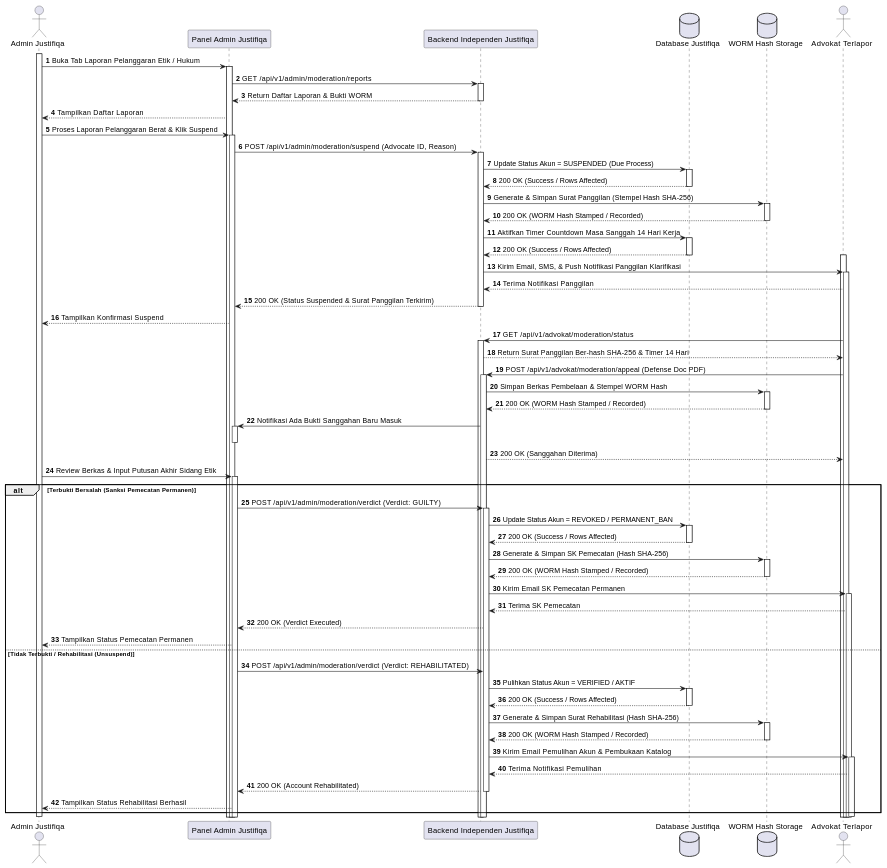
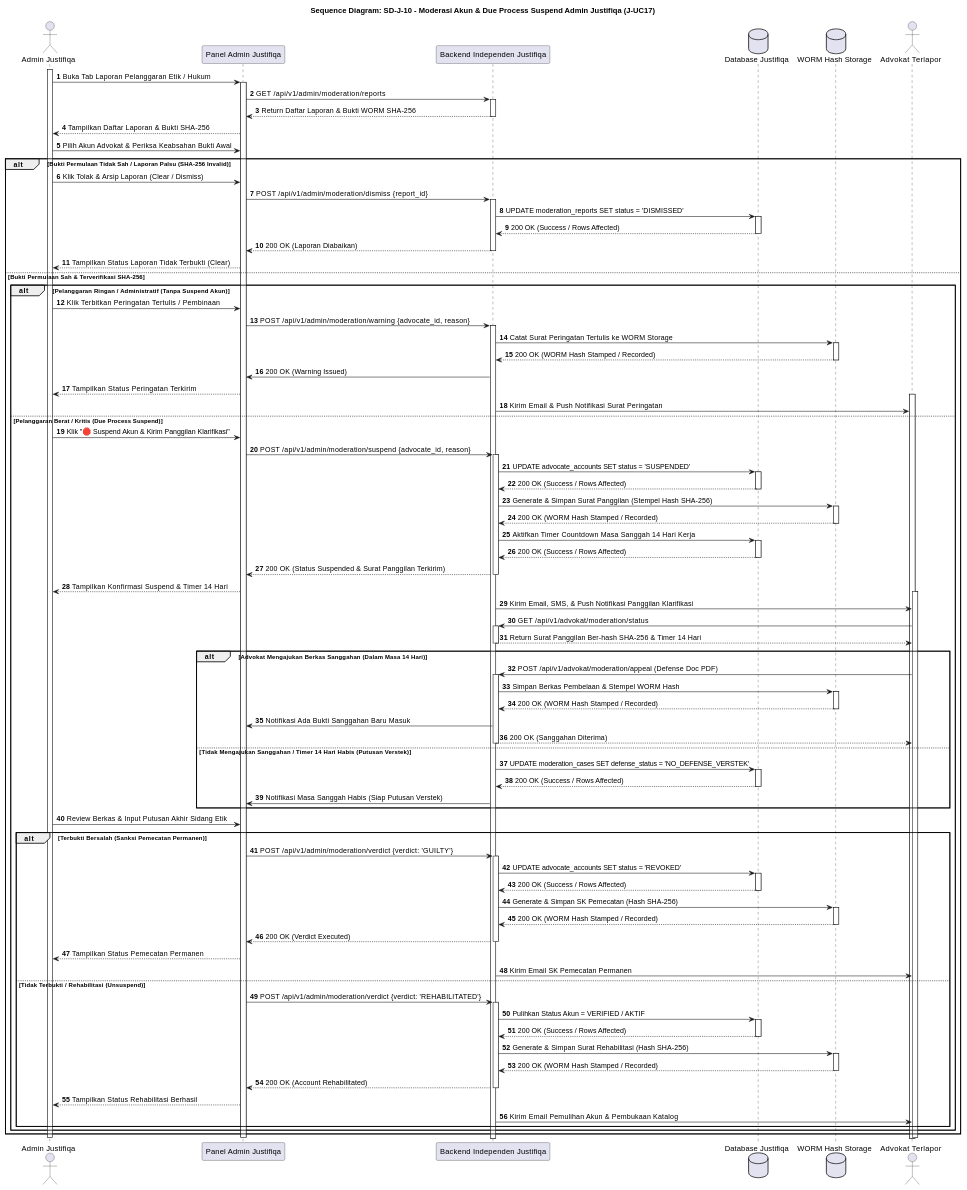
The tenth of 28 diagrams in MarkDown/plantuml_sequence_diagrams.md (tupperwureism/SuperApp-Gagal), drawn with PlantUML before and after one commit. The commit also changed other lines of this file and 2 other files, not shown here.

Commit message:
feat(moderation): update AD-J-10 & SD-J-10 with Evidence Triage and 1-to-1 Verstek branch, create AD-J-21 & SD-J-21 for J-UC21 whistleblowing flow

````diff
--- a/MarkDown/plantuml_sequence_diagrams.md
+++ b/MarkDown/plantuml_sequence_diagrams.md
@@ -545,5 +545,6 @@
 ```plantuml
 @startuml
+title Sequence Diagram: SD-J-10 - Moderasi Akun & Due Process Suspend Admin Justifiqa (J-UC17)
 autonumber
 actor "Admin Justifiqa" as Admin
 participant "Panel Admin Justifiqa" as FE
@@ -555,53 +556,79 @@
 activate Admin
 Admin -> FE ++ : Buka Tab Laporan Pelanggaran Etik / Hukum
 FE -> BE ++ : GET /api/v1/admin/moderation/reports
-BE --> FE -- : Return Daftar Laporan & Bukti WORM
-FE --> Admin : Tampilkan Daftar Laporan
-Admin -> FE ++ : Proses Laporan Pelanggaran Berat & Klik Suspend
-FE -> BE ++ : POST /api/v1/admin/moderation/suspend (Advocate ID, Reason)
-BE -> DB ++ : Update Status Akun = SUSPENDED (Due Process)
-DB --> BE -- : 200 OK (Success / Rows Affected)
-BE -> WORM ++ : Generate & Simpan Surat Panggilan (Stempel Hash SHA-256)
-WORM --> BE -- : 200 OK (WORM Hash Stamped / Recorded)
-BE -> DB ++ : Aktifkan Timer Countdown Masa Sanggah 14 Hari Kerja
-DB --> BE -- : 200 OK (Success / Rows Affected)
-activate Mitra
-BE -> Mitra ++ : Kirim Email, SMS, & Push Notifikasi Panggilan Klarifikasi
-Mitra --> BE : Terima Notifikasi Panggilan
-BE --> FE -- : 200 OK (Status Suspended & Surat Panggilan Terkirim)
-FE --> Admin : Tampilkan Konfirmasi Suspend
+BE --> FE -- : Return Daftar Laporan & Bukti WORM SHA-256
+FE --> Admin : Tampilkan Daftar Laporan & Bukti SHA-256
+Admin -> FE : Pilih Akun Advokat & Periksa Keabsahan Bukti Awal
 
-Mitra -> BE ++ : GET /api/v1/advokat/moderation/status
-BE --> Mitra : Return Surat Panggilan Ber-hash SHA-256 & Timer 14 Hari
-Mitra -> BE ++ : POST /api/v1/advokat/moderation/appeal (Defense Doc PDF)
-BE -> WORM ++ : Simpan Berkas Pembelaan & Stempel WORM Hash
-WORM --> BE -- : 200 OK (WORM Hash Stamped / Recorded)
-BE -> FE ++ : Notifikasi Ada Bukti Sanggahan Baru Masuk
+alt Bukti Permulaan Tidak Sah / Laporan Palsu (SHA-256 Invalid)
+    Admin -> FE : Klik Tolak & Arsip Laporan (Clear / Dismiss)
+    FE -> BE ++ : POST /api/v1/admin/moderation/dismiss {report_id}
+    BE -> DB ++ : UPDATE moderation_reports SET status = 'DISMISSED'
+    DB --> BE -- : 200 OK (Success / Rows Affected)
+    BE --> FE -- : 200 OK (Laporan Diabaikan)
+    FE --> Admin : Tampilkan Status Laporan Tidak Terbukti (Clear)
+else Bukti Permulaan Sah & Terverifikasi SHA-256
+    alt Pelanggaran Ringan / Administratif (Tanpa Suspend Akun)
+        Admin -> FE : Klik Terbitkan Peringatan Tertulis / Pembinaan
+        FE -> BE ++ : POST /api/v1/admin/moderation/warning {advocate_id, reason}
+        BE -> WORM ++ : Catat Surat Peringatan Tertulis ke WORM Storage
+        WORM --> BE -- : 200 OK (WORM Hash Stamped / Recorded)
+        BE -> FE : 200 OK (Warning Issued)
+        FE --> Admin : Tampilkan Status Peringatan Terkirim
+        activate Mitra
+        BE -> Mitra : Kirim Email & Push Notifikasi Surat Peringatan
+    else Pelanggaran Berat / Kritis (Due Process Suspend)
+        Admin -> FE : Klik "🛑 Suspend Akun & Kirim Panggilan Klarifikasi"
+        FE -> BE ++ : POST /api/v1/admin/moderation/suspend {advocate_id, reason}
+        BE -> DB ++ : UPDATE advocate_accounts SET status = 'SUSPENDED'
+        DB --> BE -- : 200 OK (Success / Rows Affected)
+        BE -> WORM ++ : Generate & Simpan Surat Panggilan (Stempel Hash SHA-256)
+        WORM --> BE -- : 200 OK (WORM Hash Stamped / Recorded)
+        BE -> DB ++ : Aktifkan Timer Countdown Masa Sanggah 14 Hari Kerja
+        DB --> BE -- : 200 OK (Success / Rows Affected)
+        BE --> FE -- : 200 OK (Status Suspended & Surat Panggilan Terkirim)
+        FE --> Admin : Tampilkan Konfirmasi Suspend & Timer 14 Hari
+        
+        activate Mitra
+        BE -> Mitra : Kirim Email, SMS, & Push Notifikasi Panggilan Klarifikasi
+        Mitra -> BE ++ : GET /api/v1/advokat/moderation/status
+        BE --> Mitra -- : Return Surat Panggilan Ber-hash SHA-256 & Timer 14 Hari
+        
+        alt Advokat Mengajukan Berkas Sanggahan (Dalam Masa 14 Hari)
+            Mitra -> BE ++ : POST /api/v1/advokat/moderation/appeal (Defense Doc PDF)
+            BE -> WORM ++ : Simpan Berkas Pembelaan & Stempel WORM Hash
+            WORM --> BE -- : 200 OK (WORM Hash Stamped / Recorded)
+            BE -> FE : Notifikasi Ada Bukti Sanggahan Baru Masuk
+            BE --> Mitra -- : 200 OK (Sanggahan Diterima)
+        else Tidak Mengajukan Sanggahan / Timer 14 Hari Habis (Putusan Verstek)
+            BE -> DB ++ : UPDATE moderation_cases SET defense_status = 'NO_DEFENSE_VERSTEK'
+            DB --> BE -- : 200 OK (Success / Rows Affected)
+            BE -> FE : Notifikasi Masa Sanggah Habis (Siap Putusan Verstek)
+        end
+        
+        Admin -> FE : Review Berkas & Input Putusan Akhir Sidang Etik
+        alt Terbukti Bersalah (Sanksi Pemecatan Permanen)
+            FE -> BE ++ : POST /api/v1/admin/moderation/verdict {verdict: 'GUILTY'}
+            BE -> DB ++ : UPDATE advocate_accounts SET status = 'REVOKED'
+            DB --> BE -- : 200 OK (Success / Rows Affected)
+            BE -> WORM ++ : Generate & Simpan SK Pemecatan (Hash SHA-256)
+            WORM --> BE -- : 200 OK (WORM Hash Stamped / Recorded)
+            BE --> FE -- : 200 OK (Verdict Executed)
+            FE --> Admin : Tampilkan Status Pemecatan Permanen
+            BE -> Mitra : Kirim Email SK Pemecatan Permanen
+        else Tidak Terbukti / Rehabilitasi (Unsuspend)
+            FE -> BE ++ : POST /api/v1/admin/moderation/verdict {verdict: 'REHABILITATED'}
+            BE -> DB ++ : Pulihkan Status Akun = VERIFIED / AKTIF
+            DB --> BE -- : 200 OK (Success / Rows Affected)
+            BE -> WORM ++ : Generate & Simpan Surat Rehabilitasi (Hash SHA-256)
+            WORM --> BE -- : 200 OK (WORM Hash Stamped / Recorded)
+            BE --> FE -- : 200 OK (Account Rehabilitated)
+            FE --> Admin : Tampilkan Status Rehabilitasi Berhasil
+            BE -> Mitra : Kirim Email Pemulihan Akun & Pembukaan Katalog
+        end
+    end
+end
 deactivate FE
-BE --> Mitra : 200 OK (Sanggahan Diterima)
-
-Admin -> FE ++ : Review Berkas & Input Putusan Akhir Sidang Etik
-alt Terbukti Bersalah (Sanksi Pemecatan Permanen)
-  FE -> BE ++ : POST /api/v1/admin/moderation/verdict (Verdict: GUILTY)
-  BE -> DB ++ : Update Status Akun = REVOKED / PERMANENT_BAN
-  DB --> BE -- : 200 OK (Success / Rows Affected)
-  BE -> WORM ++ : Generate & Simpan SK Pemecatan (Hash SHA-256)
-  WORM --> BE -- : 200 OK (WORM Hash Stamped / Recorded)
-  BE -> Mitra ++ : Kirim Email SK Pemecatan Permanen
-  Mitra --> BE : Terima SK Pemecatan
-  BE --> FE : 200 OK (Verdict Executed)
-  FE --> Admin : Tampilkan Status Pemecatan Permanen
-else Tidak Terbukti / Rehabilitasi (Unsuspend)
-  FE -> BE : POST /api/v1/admin/moderation/verdict (Verdict: REHABILITATED)
-  BE -> DB ++ : Pulihkan Status Akun = VERIFIED / AKTIF
-  DB --> BE -- : 200 OK (Success / Rows Affected)
-  BE -> WORM ++ : Generate & Simpan Surat Rehabilitasi (Hash SHA-256)
-  WORM --> BE -- : 200 OK (WORM Hash Stamped / Recorded)
-  BE -> Mitra ++ : Kirim Email Pemulihan Akun & Pembukaan Katalog
-  Mitra --> BE : Terima Notifikasi Pemulihan
-  BE --> FE -- : 200 OK (Account Rehabilitated)
-  FE --> Admin : Tampilkan Status Rehabilitasi Berhasil
-end
 deactivate Admin
 deactivate Mitra
 @enduml
````
